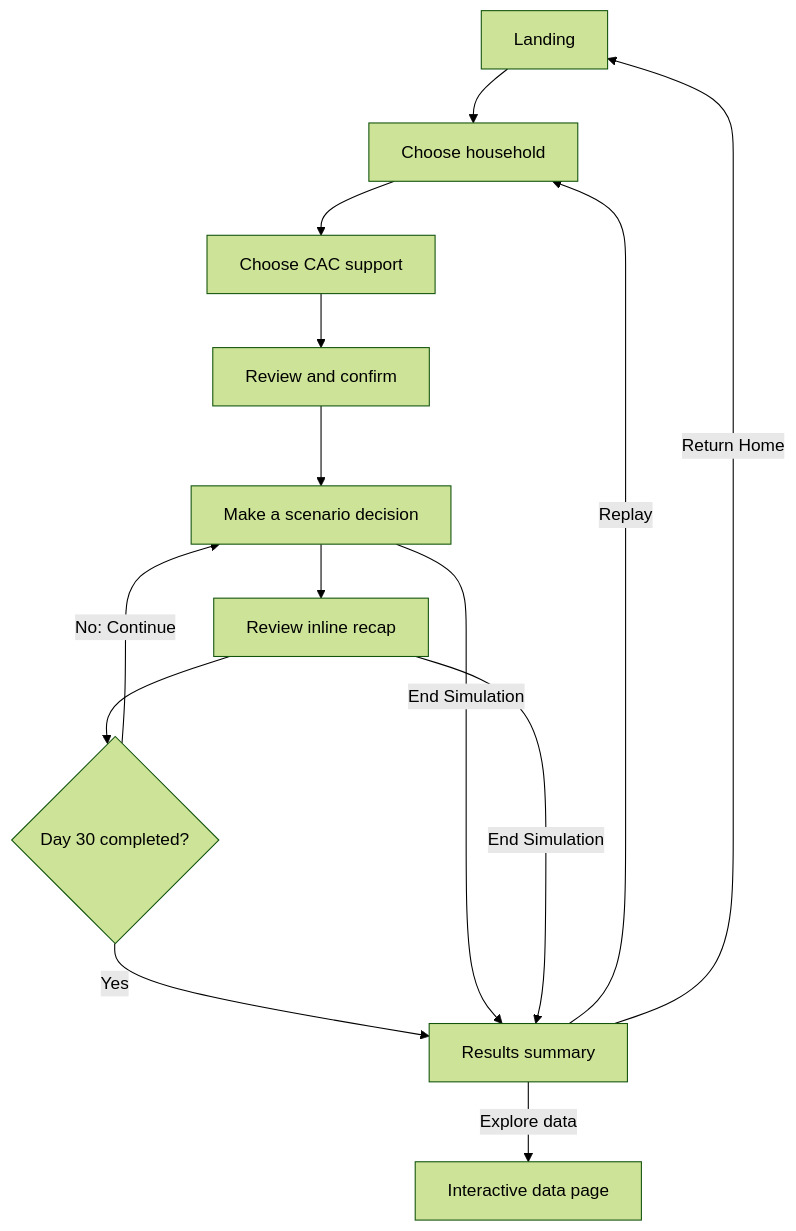
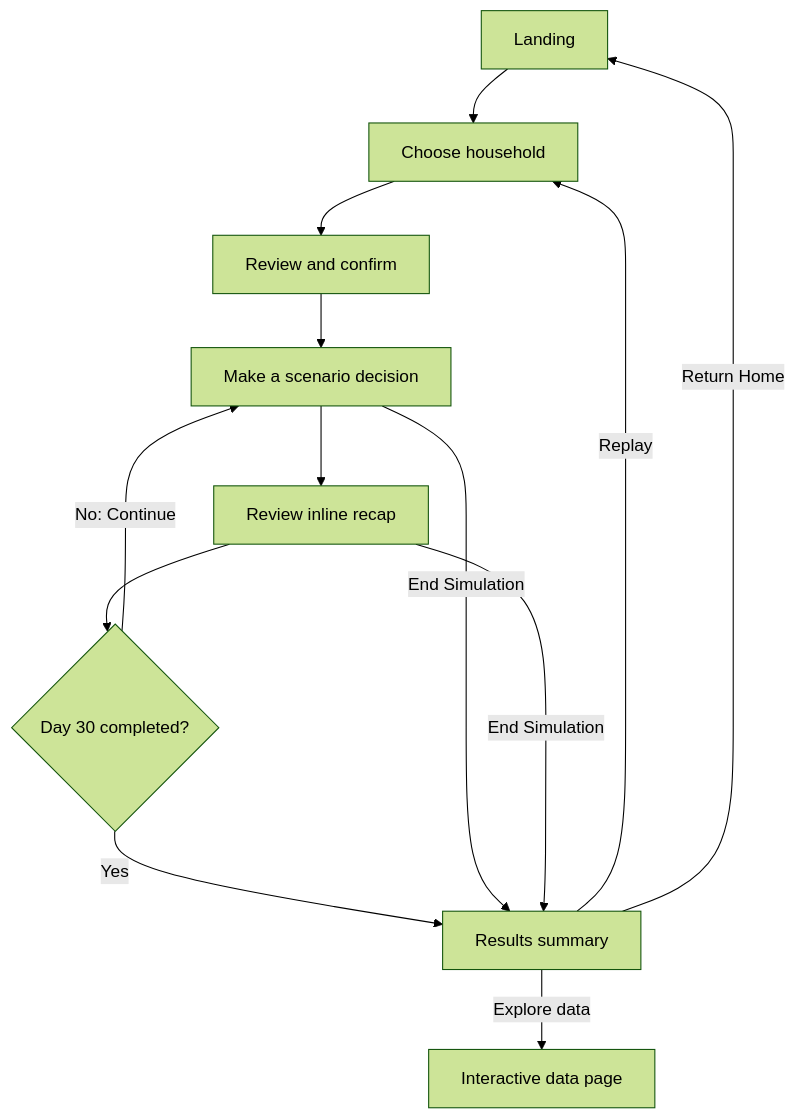
One commit to mariannglasier/team6310 changed the first of 2 diagrams in design/user-flows.md. Above: the diagram before and after it, drawn with Mermaid (forest theme). The commit also changed other lines of this file and 60 other files, not shown here.

Commit message:
Added persona setup flow and supabase database updates for personas and jobs

````diff
--- a/design/user-flows.md
+++ b/design/user-flows.md
@@ -18,16 +18,15 @@
 ```mermaid
 flowchart TD
     L["Landing"] --> H["Choose household"]
-    H --> C["Choose CAC support"]
-    C --> R["Review and confirm"]
+    H --> R["Review and confirm"]
     R --> D["Make a scenario decision"]
     D --> A["Review inline recap"]
     A --> N{"Day 30 completed?"}
     N -->|No: Continue| D
     N -->|Yes| E["Results summary"]
     D -->|End Simulation| E
     A -->|End Simulation| E
     E -->|Replay| H
     E -->|Explore data| V["Interactive data page"]
     E -->|Return Home| L
 ```
````
